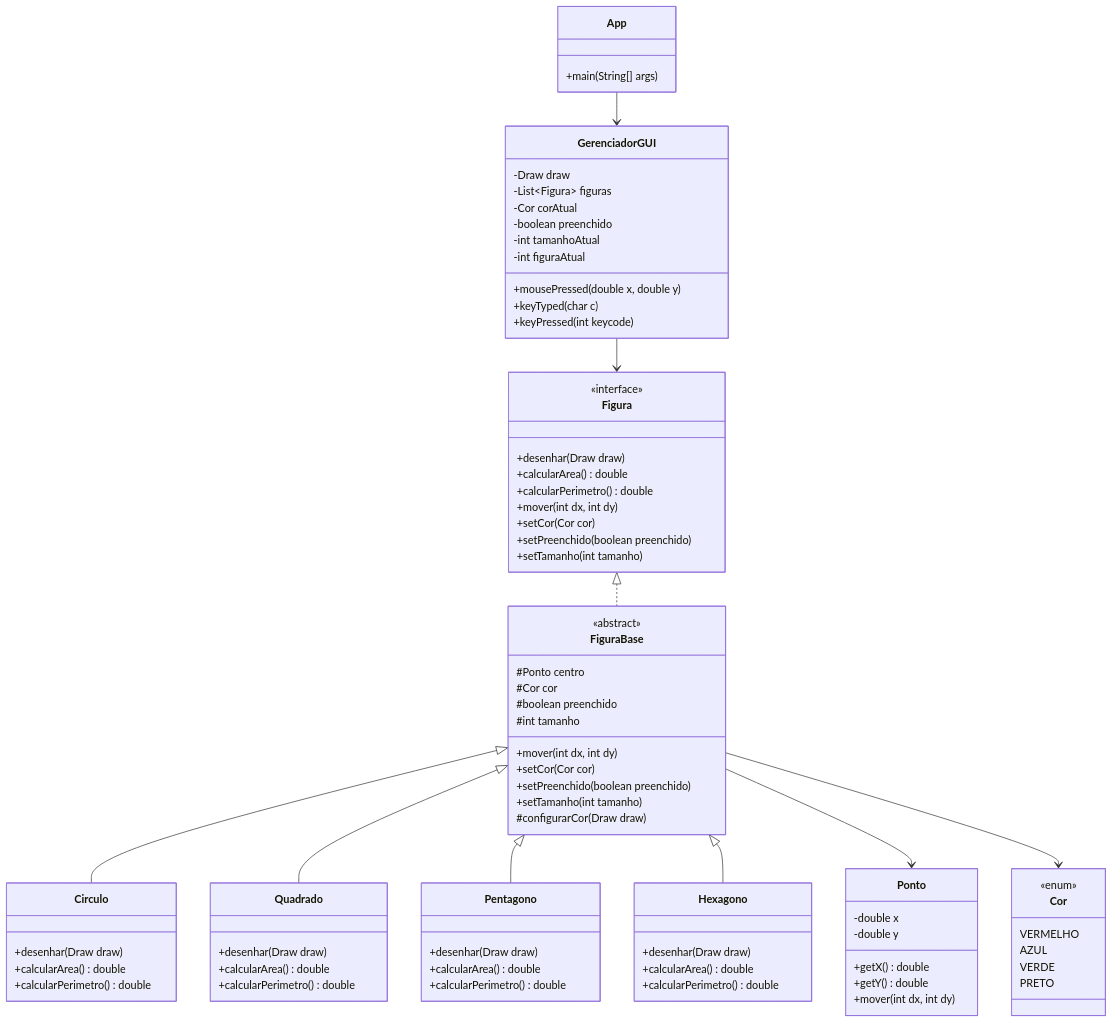
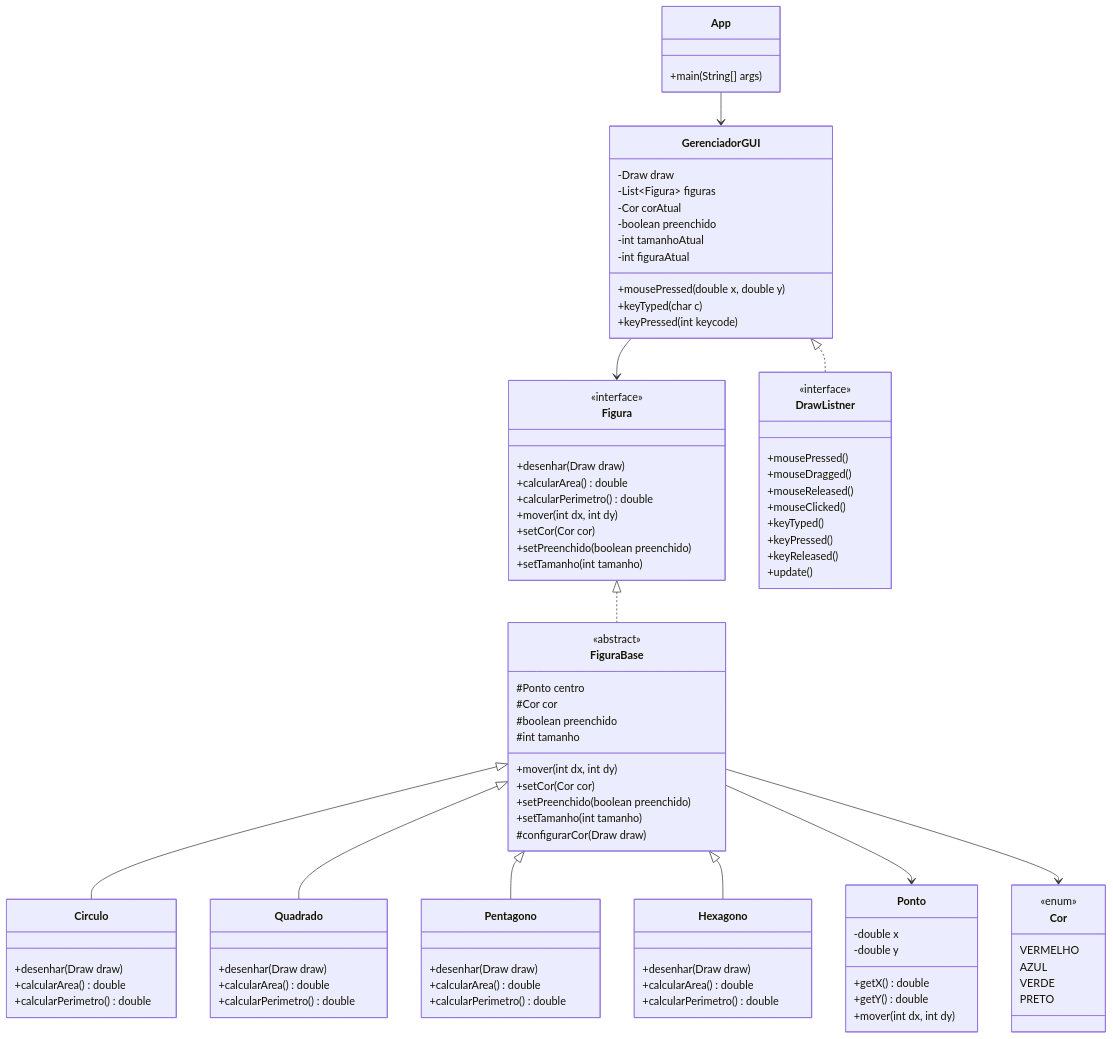
One commit to sergio-prolo-class/lista-4-Germano2005 changed the diagram in readme.md. Above: the diagram before and after it, drawn with Mermaid.

```diff
--- a/readme.md
+++ b/readme.md
@@ -106,8 +106,21 @@
         PRETO
     }
 
+class DrawListner {
+        <<interface>>
+        +mousePressed()
+        +mouseDragged()
+        +mouseReleased()
+        +mouseClicked()
+        +keyTyped()
+        +keyPressed()
+        +keyReleased()
+        +update()
+    }
+
     App --> GerenciadorGUI
     GerenciadorGUI --> Figura
+    GerenciadorGUI <|.. DrawListner
     Figura <|.. FiguraBase
     FiguraBase <|-- Circulo
     FiguraBase <|-- Quadrado
```
